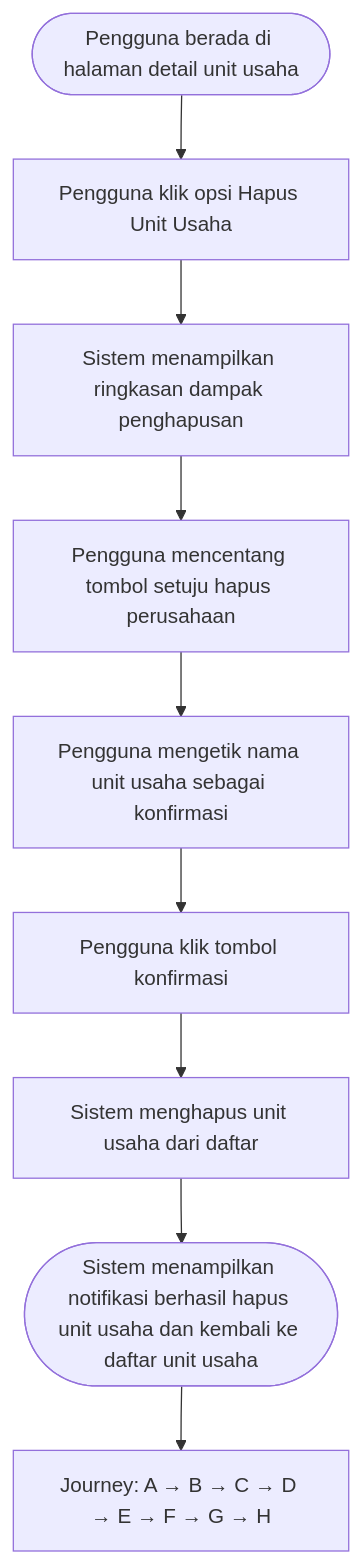
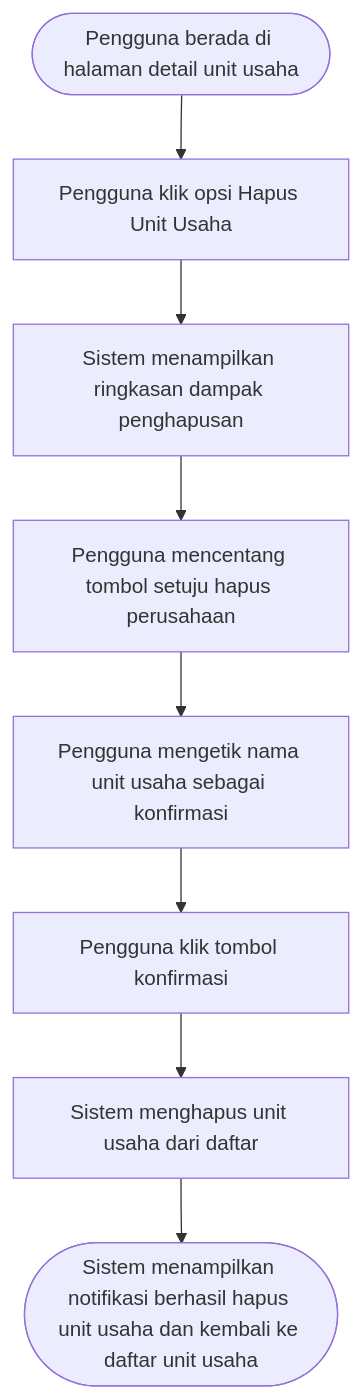
One commit to agestyarizki/groapp-markdown changed diagram 35 of 39 in PRD-D.md. Above: the diagram before and after it, drawn with Mermaid. The commit also changed other lines of this file, not shown here.

````diff
--- a/PRD-D.md
+++ b/PRD-D.md
@@ -4424,15 +4274,12 @@
 ```mermaid
 flowchart TD
     A([Pengguna berada di halaman detail unit usaha])
         --> B[Pengguna klik opsi Hapus Unit Usaha]
     B --> C[Sistem menampilkan ringkasan dampak penghapusan]
     C --> D[Pengguna mencentang tombol setuju hapus perusahaan]
     D --> E[Pengguna mengetik nama unit usaha sebagai konfirmasi]
     E --> F[Pengguna klik tombol konfirmasi]
     F --> G[Sistem menghapus unit usaha dari daftar]
     G --> H([Sistem menampilkan notifikasi berhasil hapus unit usaha dan kembali ke daftar unit usaha])
-    %% Journey Flow
-    I["Journey: A → B → C → D → E → F → G → H"]
-    H --> I
 
 ```
````
